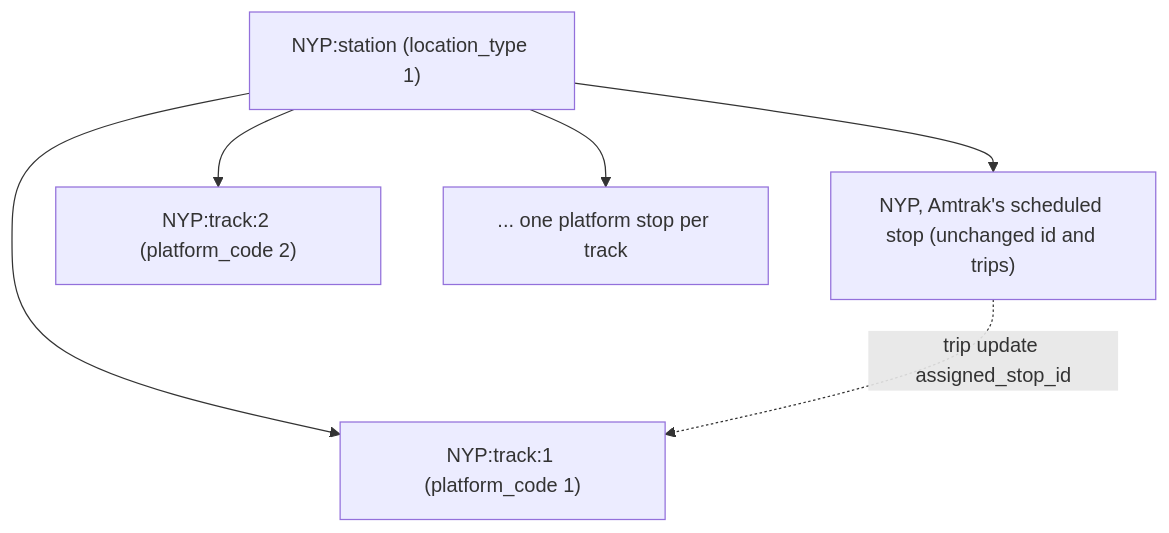
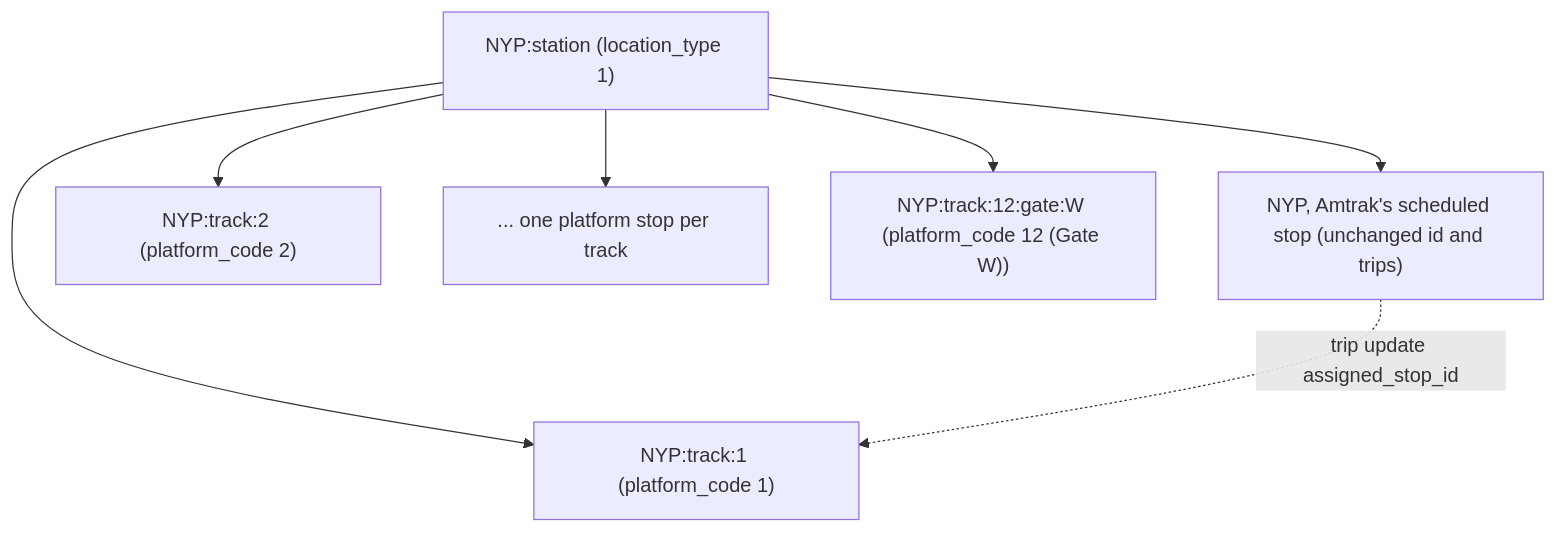
One commit to sohampatwardhan/Amtrak-GTFS-RT changed the sixth of 8 diagrams in README.md. Above: the diagram before and after it, drawn with Mermaid. The commit also changed other lines of this file and 9 other files, not shown here.

````diff
--- a/README.md
+++ b/README.md
@@ -575,8 +577,9 @@
 ```mermaid
 flowchart TD
   parent["NYP:station (location_type 1)"] --> stop["NYP, Amtrak's scheduled stop (unchanged id and trips)"]
   parent --> t1["NYP:track:1 (platform_code 1)"]
   parent --> t2["NYP:track:2 (platform_code 2)"]
   parent --> tn["... one platform stop per track"]
+  parent --> tg["NYP:track:12:gate:W (platform_code 12 (Gate W))"]
   stop -.->|"trip update assigned_stop_id"| t1
 ```
````
